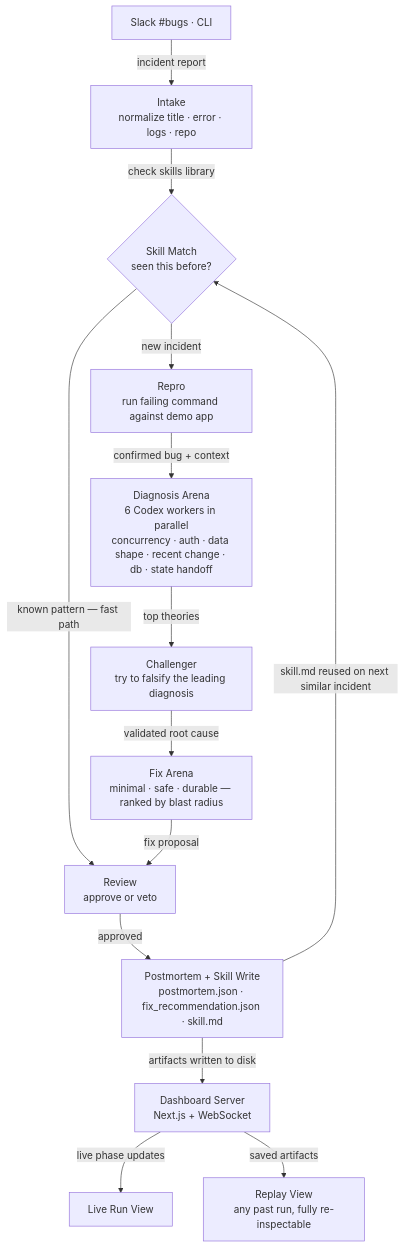
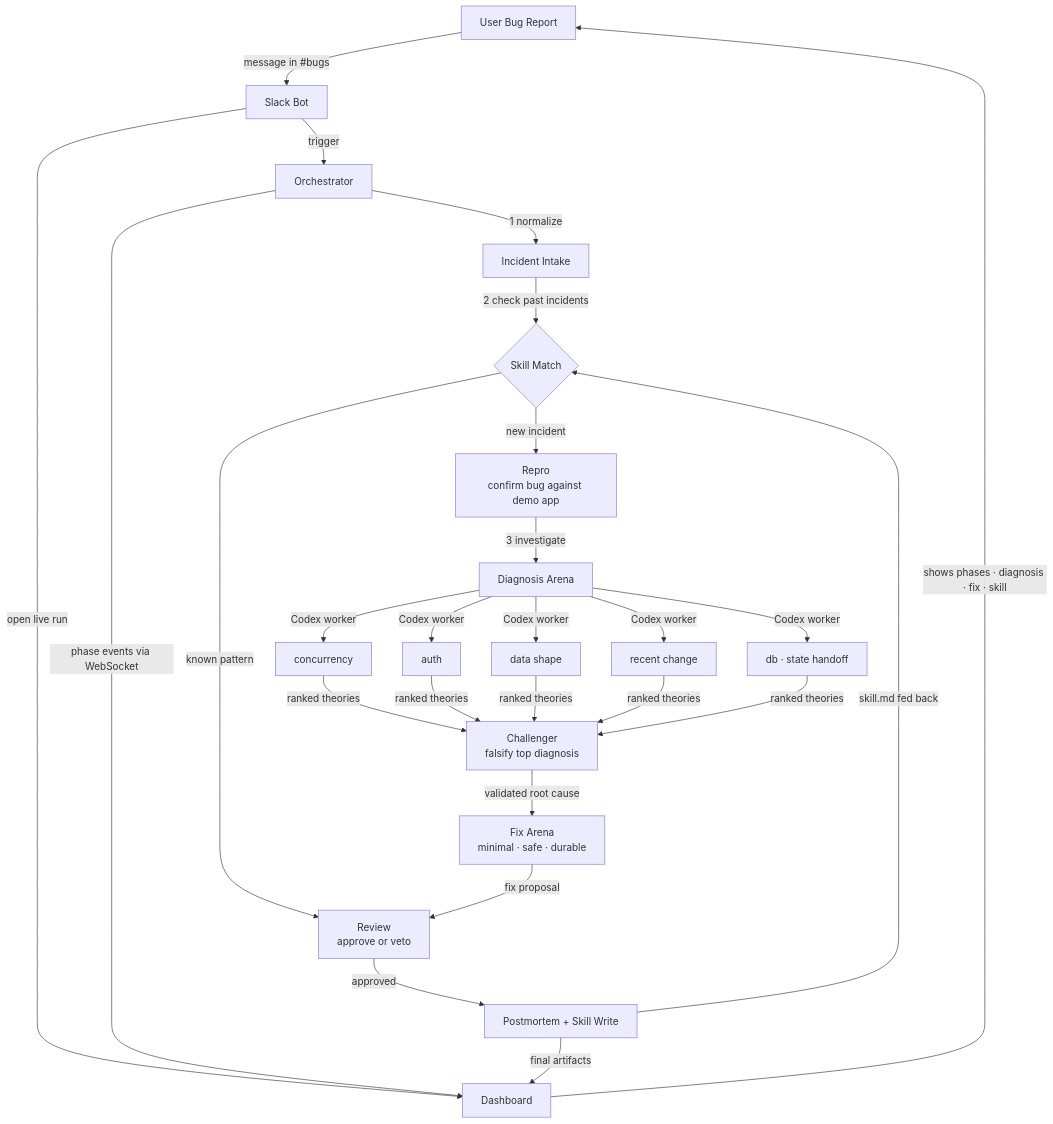
The diagram in architecture-flow.md (Kushagra1122/ReplayX), drawn with Mermaid before and after one commit. The commit also changed other lines of this file, not shown here.

````diff
--- a/architecture-flow.md
+++ b/architecture-flow.md
@@ -5,19 +5,31 @@
 ```mermaid
 flowchart TD
-    A["Slack #bugs · CLI"]
+    A["User Bug Report"]
 
-    A -->|incident report| B["Intake\nnormalize title · error · logs · repo"]
-    B -->|check skills library| C{"Skill Match\nseen this before?"}
-    C -->|known pattern — fast path| H
-    C -->|new incident| D["Repro\nrun failing command against demo app"]
-    D -->|confirmed bug + context| E["Diagnosis Arena\n6 Codex workers in parallel\nconcurrency · auth · data shape · recent change · db · state handoff"]
-    E -->|top theories| F["Challenger\ntry to falsify the leading diagnosis"]
-    F -->|validated root cause| G["Fix Arena\nminimal · safe · durable — ranked by blast radius"]
-    G -->|fix proposal| H["Review\napprove or veto"]
-    H -->|approved| I["Postmortem + Skill Write\npostmortem.json · fix_recommendation.json · skill.md"]
-    I -->|skill.md reused on next similar incident| C
+    A -->|message in #bugs| B["Slack Bot"]
+    B -->|trigger| C["Orchestrator"]
+    B -->|open live run| D["Dashboard"]
 
-    I -->|artifacts written to disk| J["Dashboard Server\nNext.js + WebSocket"]
-    J -->|live phase updates| K["Live Run View"]
-    J -->|saved artifacts| L["Replay View\nany past run, fully re-inspectable"]
+    C -->|phase events via WebSocket| D
+
+    C -->|1 normalize| E["Incident Intake"]
+    E -->|2 check past incidents| F{"Skill Match"}
+    F -->|known pattern| K
+    F -->|new incident| G["Repro\nconfirm bug against demo app"]
+    G -->|3 investigate| H["Diagnosis Arena"]
+
+    H -->|Codex worker| H1["concurrency"]
+    H -->|Codex worker| H2["auth"]
+    H -->|Codex worker| H3["data shape"]
+    H -->|Codex worker| H4["recent change"]
+    H -->|Codex worker| H5["db · state handoff"]
+
+    H1 & H2 & H3 & H4 & H5 -->|ranked theories| I["Challenger\nfalsify top diagnosis"]
+    I -->|validated root cause| J["Fix Arena\nminimal · safe · durable"]
+    J -->|fix proposal| K["Review\napprove or veto"]
+    K -->|approved| L["Postmortem + Skill Write"]
+
+    L -->|skill.md fed back| F
+    L -->|final artifacts| D
+    D -->|shows phases · diagnosis · fix · skill| A
 ```
````
